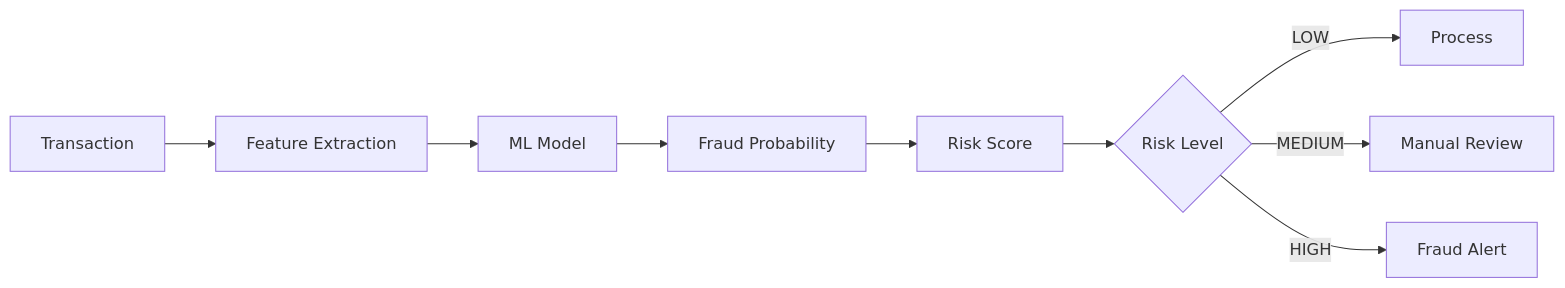
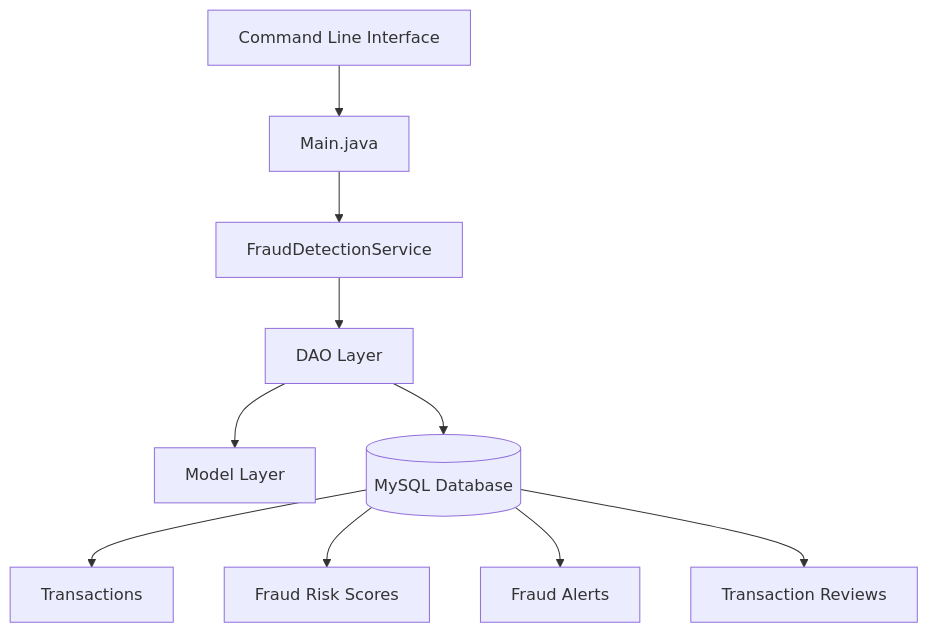
One commit to sujithakrishna/payshield-transaction-risk-system changed the third of 5 diagrams in README.md. Above: the diagram before and after it, drawn with Mermaid. The commit also changed other lines of this file, not shown here.

````diff
--- a/README.md
+++ b/README.md
@@ -811,17 +338,16 @@
 ```mermaid
-flowchart LR
+flowchart TD
+    UI[Command Line Interface] --> MENU[Main.java]
 
-    A[Transaction] --> B[Feature Extraction]
+    MENU --> SERVICE[FraudDetectionService]
 
-    B --> C[ML Model]
+    SERVICE --> DAO[DAO Layer]
 
-    C --> D[Fraud Probability]
+    DAO --> MODEL[Model Layer]
+    DAO --> DB[(MySQL Database)]
 
-    D --> E[Risk Score]
-
-    E --> F{Risk Level}
-
-    F -->|LOW| G[Process]
-    F -->|MEDIUM| H[Manual Review]
-    F -->|HIGH| I[Fraud Alert]
+    DB --> T[Transactions]
+    DB --> R[Fraud Risk Scores]
+    DB --> A[Fraud Alerts]
+    DB --> V[Transaction Reviews]
 ```
````
